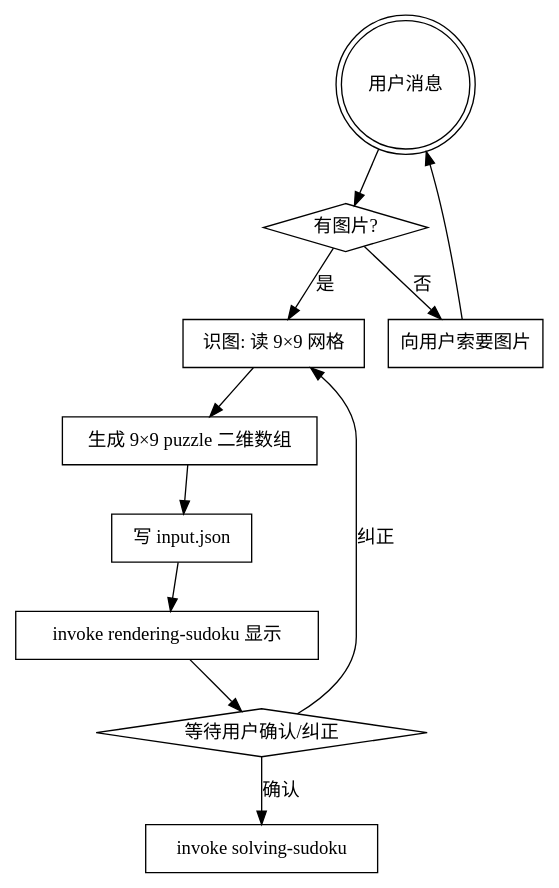
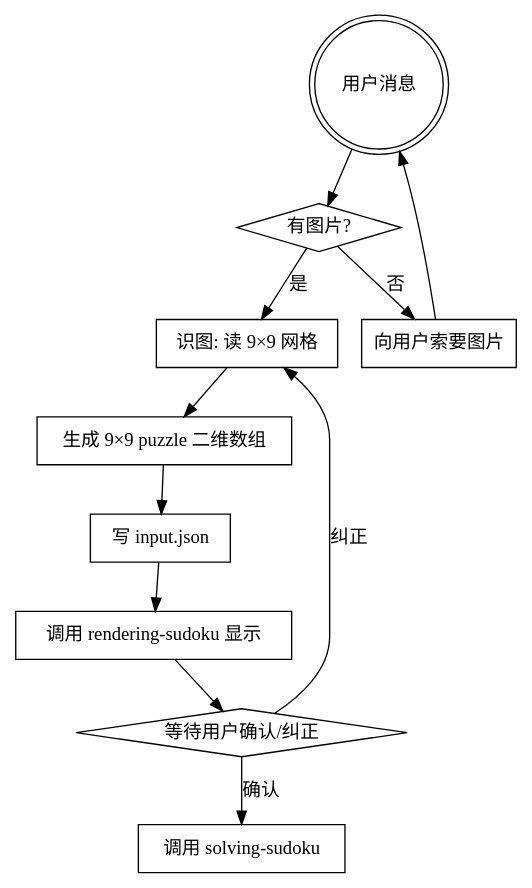
The diagram in packages/sudoku/skills/decoding-sudoku/SKILL.md (HakurouKen/puzzle-solver), drawn with Graphviz before and after one commit. The commit also changed other lines of this file and 41 other files, not shown here.

````diff
--- a/packages/sudoku/skills/decoding-sudoku/SKILL.md
+++ b/packages/sudoku/skills/decoding-sudoku/SKILL.md
@@ -12,22 +12,22 @@
 ```dot
 digraph flow {
     "用户消息" [shape=doublecircle];
     "有图片?" [shape=diamond];
     "向用户索要图片" [shape=box];
     "识图: 读 9×9 网格" [shape=box];
     "生成 9×9 puzzle 二维数组" [shape=box];
     "写 input.json" [shape=box];
-    "invoke rendering-sudoku 显示" [shape=box];
+    "调用 rendering-sudoku 显示" [shape=box];
     "等待用户确认/纠正" [shape=diamond];
-    "invoke solving-sudoku" [shape=box];
+    "调用 solving-sudoku" [shape=box];
     "用户消息" -> "有图片?";
     "有图片?" -> "识图: 读 9×9 网格" [label="是"];
     "有图片?" -> "向用户索要图片" [label="否"];
     "向用户索要图片" -> "用户消息";
     "识图: 读 9×9 网格" -> "生成 9×9 puzzle 二维数组"
-        -> "写 input.json" -> "invoke rendering-sudoku 显示"
+        -> "写 input.json" -> "调用 rendering-sudoku 显示"
         -> "等待用户确认/纠正";
-    "等待用户确认/纠正" -> "invoke solving-sudoku" [label="确认"];
+    "等待用户确认/纠正" -> "调用 solving-sudoku" [label="确认"];
     "等待用户确认/纠正" -> "识图: 读 9×9 网格" [label="纠正"];
 }
 ```
````
